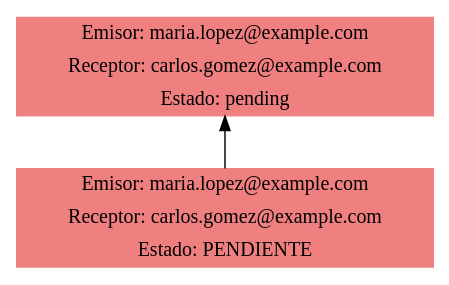
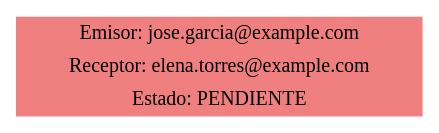
Before and after one commit to AbdielOtzoy/-EDD-Proyecto_202300350: the diagram in fase1/solicitudes_recibidas.dot, drawn with Graphviz. The commit also changed 109 other files, not shown here.

```diff
--- a/fase1/solicitudes_recibidas.dot
+++ b/fase1/solicitudes_recibidas.dot
@@ -1,7 +1,5 @@
 digraph G {
   rankdir=TB;
   node [shape=record, style=filled, color=lightcoral];
-  node0 [label="{Emisor: maria.lopez@example.com|Receptor: carlos.gomez@example.com|Estado: pending}"];
-  node1 [label="{Emisor: maria.lopez@example.com|Receptor: carlos.gomez@example.com|Estado: PENDIENTE}"];
-  node0 -> node1 [dir=back];
+  node0 [label="{Emisor: jose.garcia@example.com|Receptor: elena.torres@example.com|Estado: PENDIENTE}"];
 }
```
